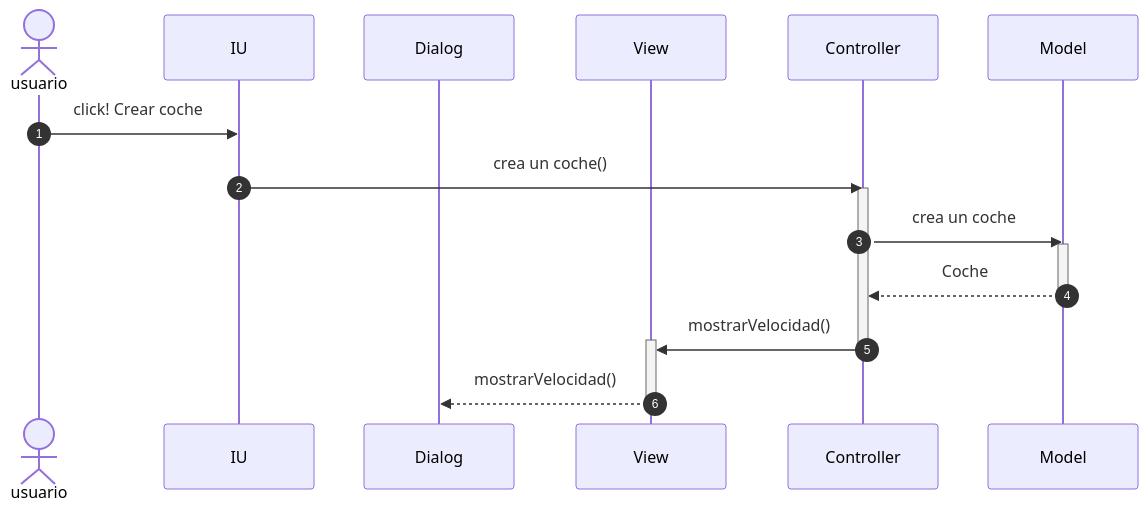
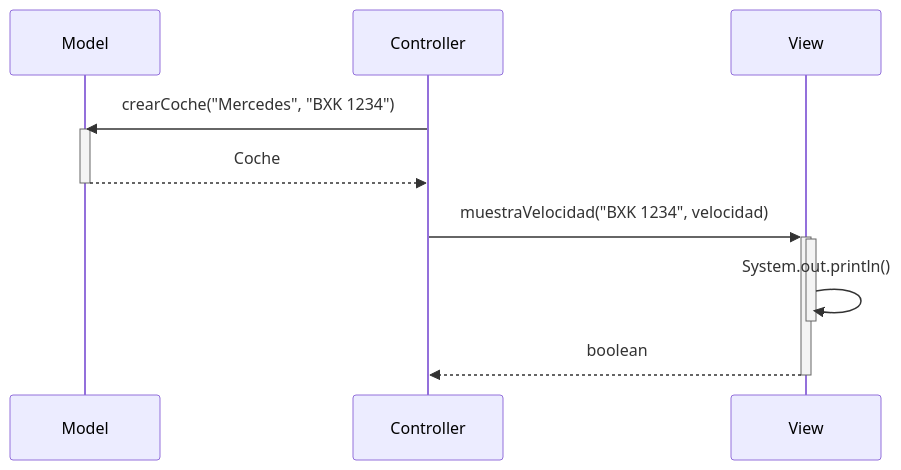
Before and after one commit to WindaLobo/MVC_coches-1: the third of 3 diagrams in Readme.md, drawn with Mermaid. The commit also changed other lines of this file and 11 other files, not shown here.

````diff
--- a/Readme.md
+++ b/Readme.md
@@ -75,28 +57,15 @@
 ```mermaid
-
-   sequenceDiagram
-   autonumber
-    actor usuario
-    participant IU
-    participant Dialog
+sequenceDiagram
+    participant Model
+    participant Controller
     participant View
-  
-    participant Controller
-    participant Model
-    
-    usuario->>IU: click! Crear coche
-    
-    IU->>Controller: crea un coche()
-     activate Controller
-    Controller->>Model: crea un coche
-      activate Model
-     Model-->> Controller: Coche
+    Controller->>Model: crearCoche("Mercedes", "BXK 1234")
+    activate Model
+    Model-->>Controller: Coche
     deactivate Model
-     
-    Controller->>+View: mostrarVelocidad()
-     deactivate Controller
-     
-    View-->>-Dialog:  mostrarVelocidad()
-    
-          
+    Controller->>+View: muestraVelocidad("BXK 1234", velocidad)
+    activate View
+    View->>-View: System.out.println()
+    View-->>Controller: boolean
+    deactivate View
 ```
````
